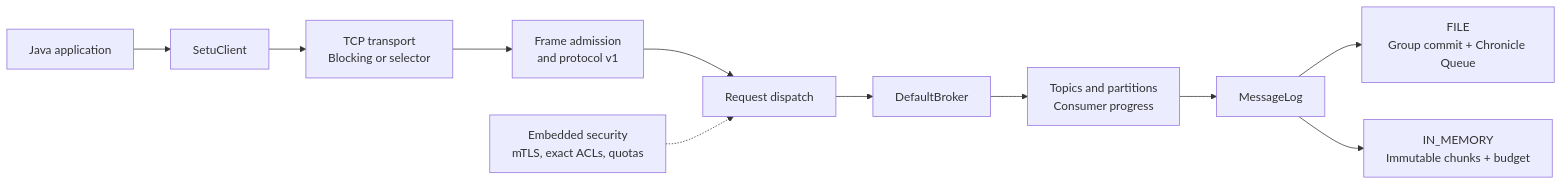
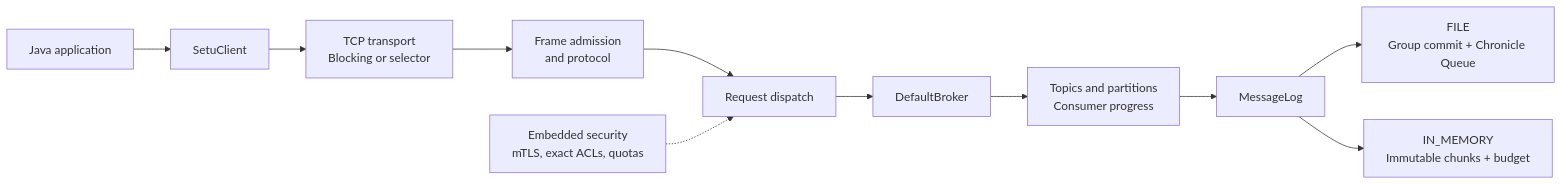
Before and after one commit to RishabhRathi-Dev/Setu: the diagram in README.md, drawn with Mermaid. The commit also changed other lines of this file and 76 other files, not shown here.

````diff
--- a/README.md
+++ b/README.md
@@ -85,13 +97,13 @@
 ```mermaid
 flowchart LR
     app[Java application] --> client[SetuClient]
     client --> transport["TCP transport<br/>Blocking or selector"]
-    transport --> framing["Frame admission<br/>and protocol v1"]
+    transport --> framing["Frame admission<br/>and protocol"]
     framing --> dispatch[Request dispatch]
     dispatch --> broker[DefaultBroker]
     broker --> topics["Topics and partitions<br/>Consumer progress"]
     topics --> logs[MessageLog]
     logs --> file["FILE<br/>Group commit + Chronicle Queue"]
     logs --> memory["IN_MEMORY<br/>Immutable chunks + budget"]
     security["Embedded security<br/>mTLS, exact ACLs, quotas"] -.-> dispatch
 ```
````
